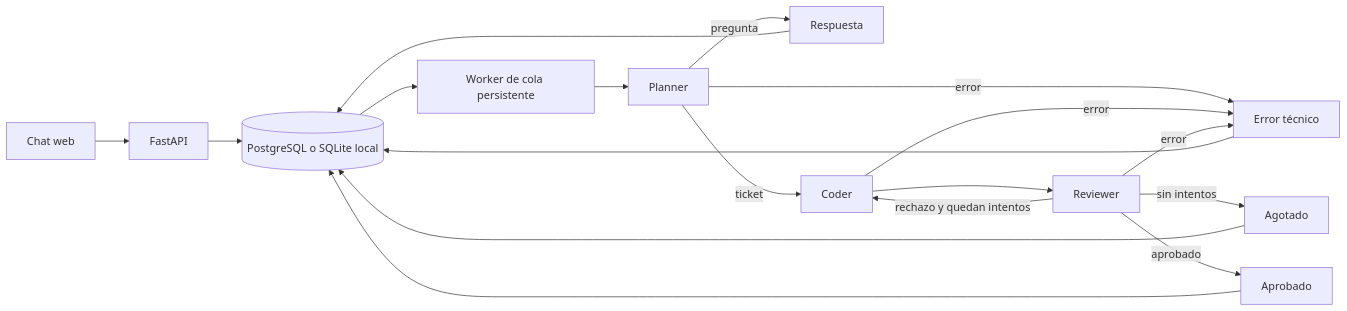
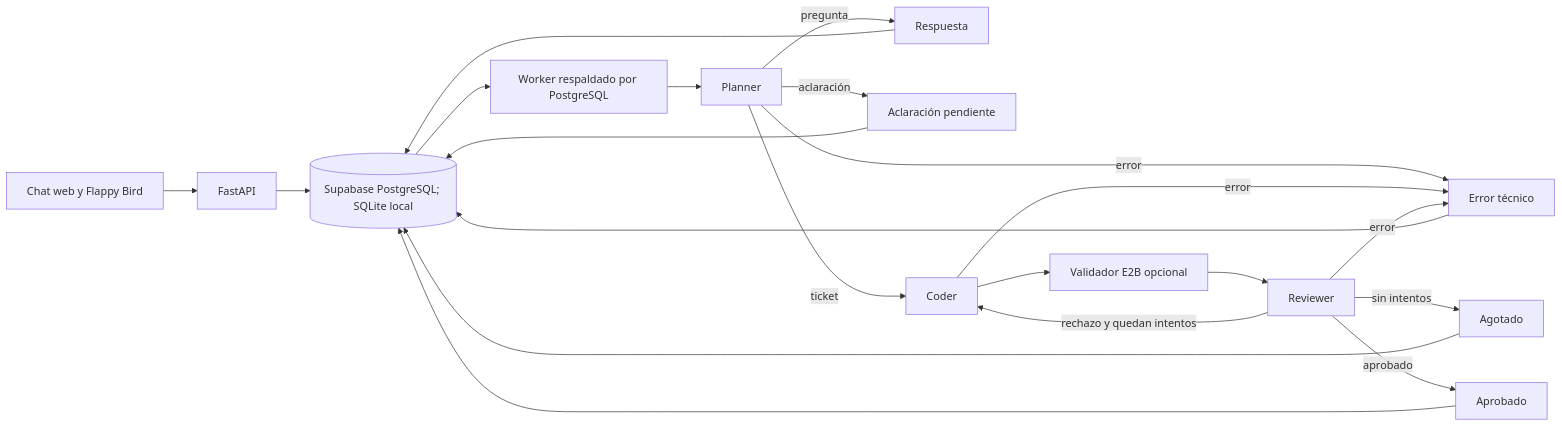
One commit to cartografunk/batcomputer changed the diagram in README.md. Above: the diagram before and after it, drawn with Mermaid. The commit also changed other lines of this file and 15 other files, not shown here.

````diff
--- a/README.md
+++ b/README.md
@@ -25,20 +25,23 @@
 ```mermaid
 flowchart LR
-  UI[Chat web] --> API[FastAPI]
-  API --> DB[(PostgreSQL o SQLite local)]
-  DB --> Worker[Worker de cola persistente]
+  UI[Chat web y Flappy Bird] --> API[FastAPI]
+  API --> DB[(Supabase PostgreSQL; SQLite local)]
+  DB --> Worker[Worker respaldado por PostgreSQL]
   Worker --> Planner
   Planner -->|pregunta| Answer[Respuesta]
+  Planner -->|aclaración| Clarify[Aclaración pendiente]
   Planner -->|ticket| Coder
-  Coder --> Reviewer
+  Coder --> Validator[Validador E2B opcional]
+  Validator --> Reviewer
   Reviewer -->|rechazo y quedan intentos| Coder
   Reviewer -->|aprobado| Approved[Aprobado]
   Reviewer -->|sin intentos| Exhausted[Agotado]
   Planner -->|error| Failed[Error técnico]
   Coder -->|error| Failed
   Reviewer -->|error| Failed
   Answer --> DB
+  Clarify --> DB
   Approved --> DB
   Exhausted --> DB
   Failed --> DB
 ```
````
